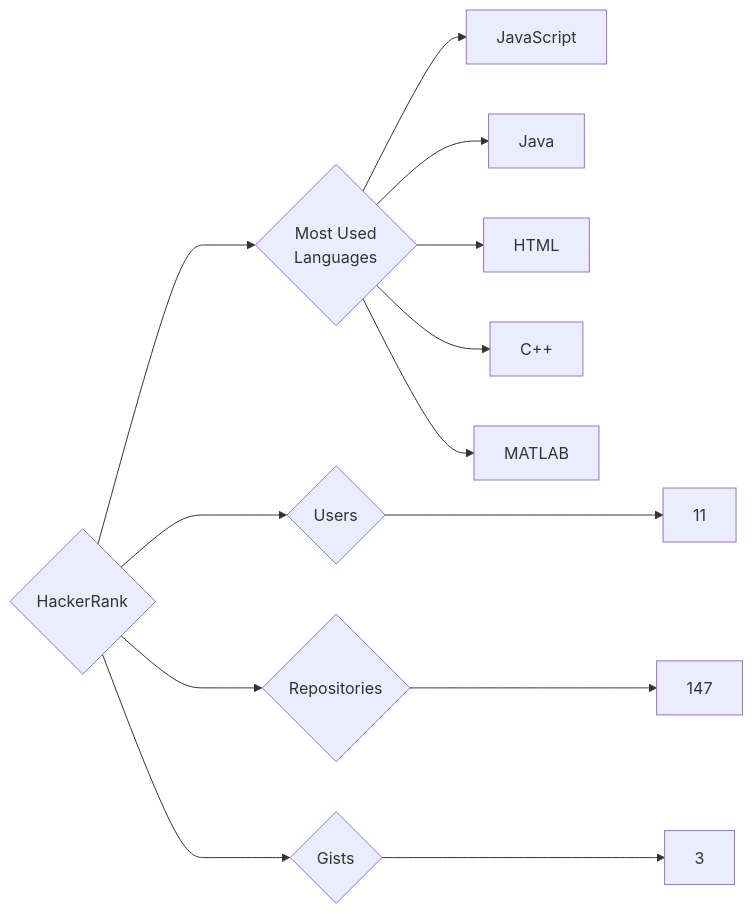
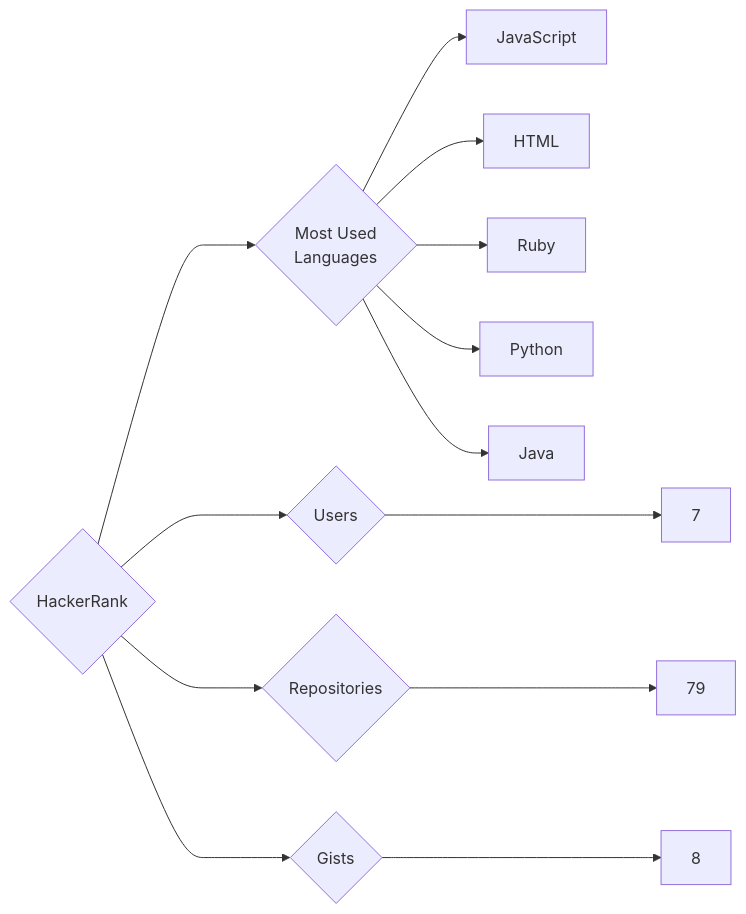
One commit to trickest/insiders changed the diagram in targets/HackerRank/README.md. Above: the diagram before and after it, drawn with Mermaid. The commit also changed 939 other files, not shown here.

````diff
--- a/targets/HackerRank/README.md
+++ b/targets/HackerRank/README.md
@@ -3,13 +3,13 @@
 ```mermaid
 graph LR
 COMPANY_NAME{HackerRank}
-COMPANY_NAME ---> U{Users} ---> UN[11]
-COMPANY_NAME ---> R{Repositories} ---> RN[147]
-COMPANY_NAME ---> G{Gists} ---> GN[3]
+COMPANY_NAME ---> U{Users} ---> UN[7]
+COMPANY_NAME ---> R{Repositories} ---> RN[79]
+COMPANY_NAME ---> G{Gists} ---> GN[8]
 COMPANY_NAME ---> ML{Most Used<br>Languages}
 ML --> JavaScript[JavaScript]
+ML --> HTML[HTML]
+ML --> Ruby[Ruby]
+ML --> Python[Python]
 ML --> Java[Java]
-ML --> HTML[HTML]
-ML --> C++[C++]
-ML --> MATLAB[MATLAB]
 ```
````
